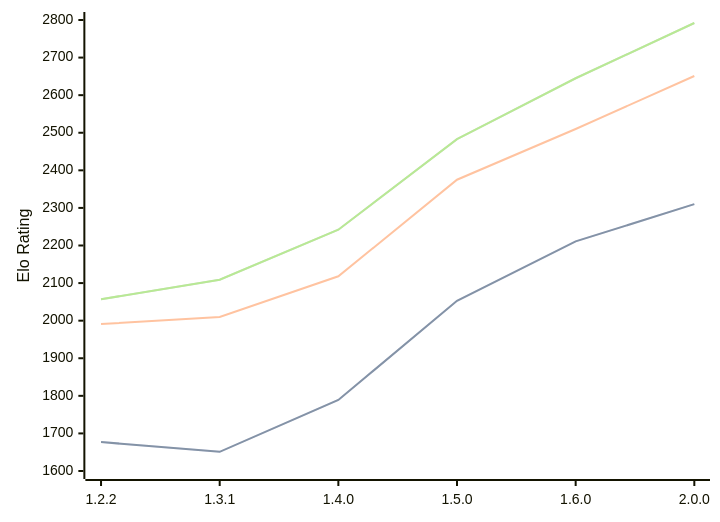
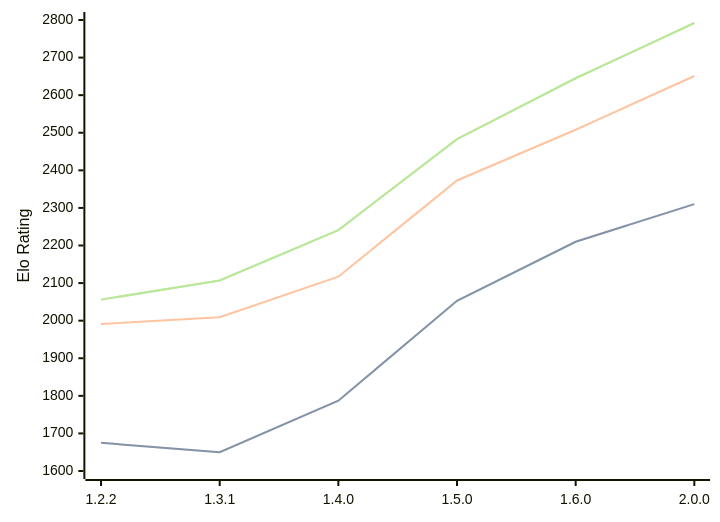
One commit to computer-chess-index/cci changed the diagram in engines/SoloEngine.md. Above: the diagram before and after it, drawn with Mermaid. The commit also changed other lines of this file, not shown here.

Commit message:
Update CCI Ratings (ELO VLTC) - 2026-04-17

````diff
--- a/engines/SoloEngine.md
+++ b/engines/SoloEngine.md
@@ -37,11 +37,11 @@
 ```mermaid
 %%{init: {"theme":"base","themeVariables":{"seriesColors:['#a3a3a3','#222221','#faa371']}}}%%
 xychart-beta
   x-axis ["1.2.2", "1.3.1", "1.4.0", "1.5.0", "1.6.0", "2.0.0"]
   y-axis "Elo Rating" 1600 --> 2800
-  line "STC (8.0+0.08s)" [1677, 1651, 1789, 2053, 2211, 2310]
-  line "STC (8.0+0.08s)" [1677, 1651, 1789, 2053, 2211, 2310]
-  line "LTC (60.0+0.60s)" [1991, 2010, 2118, 2375, 2510, 2651]
-  line "VLTC (2m24s+1.12s)" [2057, 2109, 2242, 2483, 2645, 2792]
-  line "VLTC (2m24s+1.12s)" [2057, 2109, 2242, 2483, 2645, 2792]
+  line "STC (8.0+0.08s)" [1675, 1650, 1787, 2053, 2210, 2310]
+  line "STC (8.0+0.08s)" [1675, 1650, 1787, 2053, 2210, 2310]
+  line "LTC (60.0+0.60s)" [1991, 2009, 2117, 2373, 2508, 2651]
+  line "VLTC (2m24s+1.12s)" [2056, 2107, 2241, 2483, 2645, 2792]
+  line "VLTC (2m24s+1.12s)" [2056, 2107, 2241, 2483, 2645, 2792]
 ```
````
